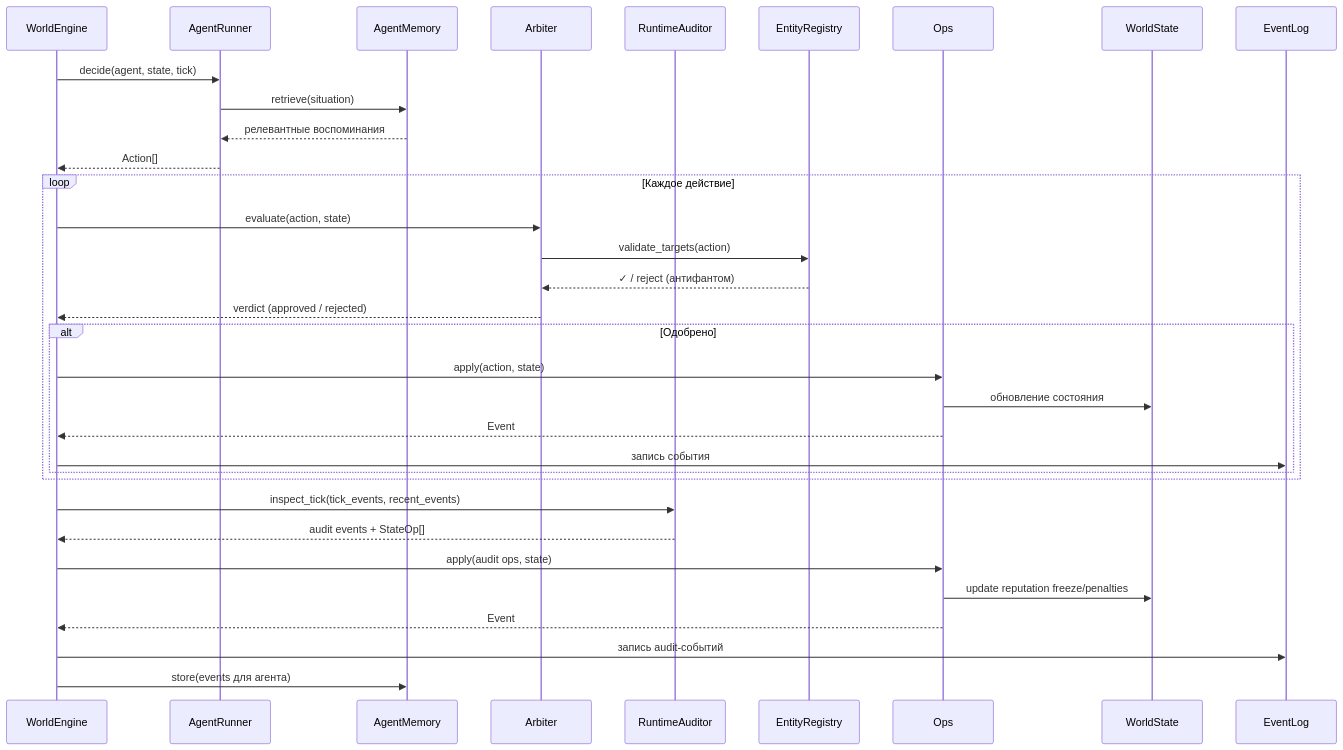
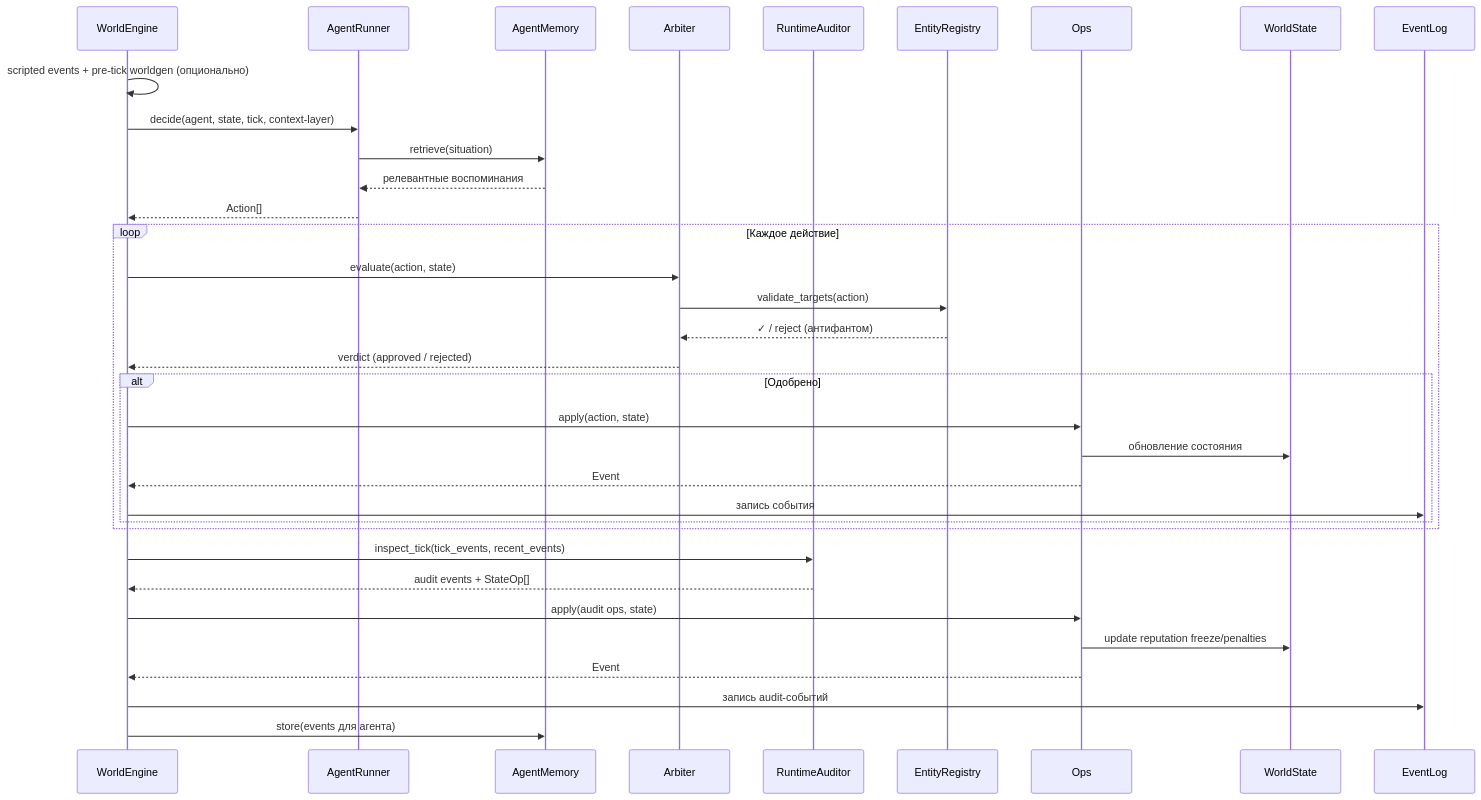
One commit to gliseop/SPHERE changed the second of 3 diagrams in docs/architecture_guide.md. Above: the diagram before and after it, drawn with Mermaid. The commit also changed other lines of this file and 14 other files, not shown here.

````diff
--- a/docs/architecture_guide.md
+++ b/docs/architecture_guide.md
@@ -142,40 +142,41 @@
 ```mermaid
 sequenceDiagram
     participant E as WorldEngine
     participant A as AgentRunner
     participant M as AgentMemory
     participant Arb as Arbiter
     participant Aud as RuntimeAuditor
     participant Ent as EntityRegistry
     participant O as Ops
     participant S as WorldState
     participant EL as EventLog
 
-    E->>A: decide(agent, state, tick)
+    E->>E: scripted events + pre-tick worldgen (опционально)
+    E->>A: decide(agent, state, tick, context-layer)
     A->>M: retrieve(situation)
     M-->>A: релевантные воспоминания
     A-->>E: Action[]
 
     loop Каждое действие
         E->>Arb: evaluate(action, state)
         Arb->>Ent: validate_targets(action)
         Ent-->>Arb: ✓ / reject (антифантом)
         Arb-->>E: verdict (approved / rejected)
 
         alt Одобрено
             E->>O: apply(action, state)
             O->>S: обновление состояния
             O-->>E: Event
             E->>EL: запись события
         end
     end
 
     E->>Aud: inspect_tick(tick_events, recent_events)
     Aud-->>E: audit events + StateOp[]
     E->>O: apply(audit ops, state)
     O->>S: update reputation freeze/penalties
     O-->>E: Event
     E->>EL: запись audit-событий
 
     E->>M: store(events для агента)
 ```
````
